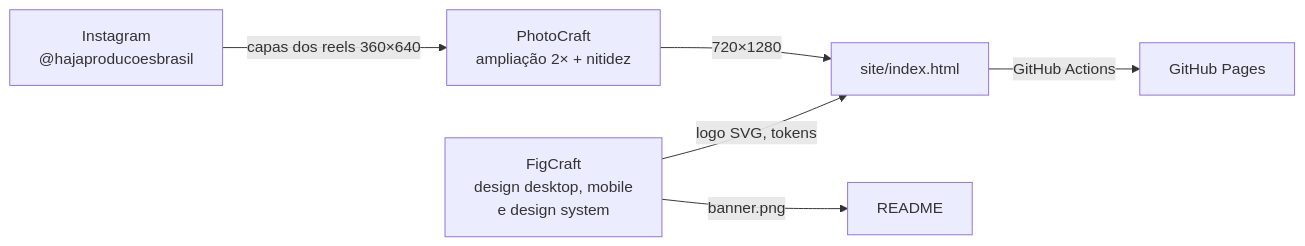
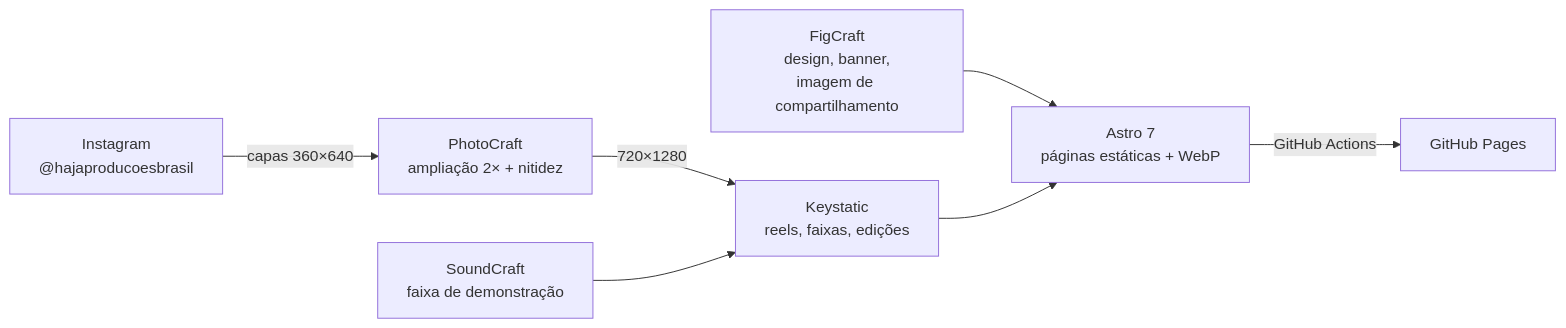
Before and after one commit to Rafascoelho22/haja-site: the diagram in README.md, drawn with Mermaid. The commit also changed other lines of this file and 78 other files, not shown here.

First line of the commit message:
Site 2.0: Astro + Keystatic, portfólio, som, Haja Day e agendamento

````diff
--- a/README.md
+++ b/README.md
@@ -109,8 +136,9 @@
 ```mermaid
 flowchart LR
-  IG["Instagram<br/>@hajaproducoesbrasil"] -->|capas dos reels 360×640| PC["PhotoCraft<br/>ampliação 2× + nitidez"]
-  PC -->|720×1280| SITE["site/index.html"]
-  FC["FigCraft<br/>design desktop, mobile<br/>e design system"] -->|logo SVG, tokens| SITE
-  FC -->|banner.png| README["README"]
-  SITE -->|GitHub Actions| PAGES["GitHub Pages"]
+  IG["Instagram<br/>@hajaproducoesbrasil"] -->|capas 360×640| PC["PhotoCraft<br/>ampliação 2× + nitidez"]
+  PC -->|720×1280| CMS["Keystatic<br/>reels, faixas, edições"]
+  SC["SoundCraft<br/>faixa de demonstração"] --> CMS
+  FC["FigCraft<br/>design, banner,<br/>imagem de compartilhamento"] --> ASTRO
+  CMS --> ASTRO["Astro 7<br/>páginas estáticas + WebP"]
+  ASTRO -->|GitHub Actions| PAGES["GitHub Pages"]
 ```
````
